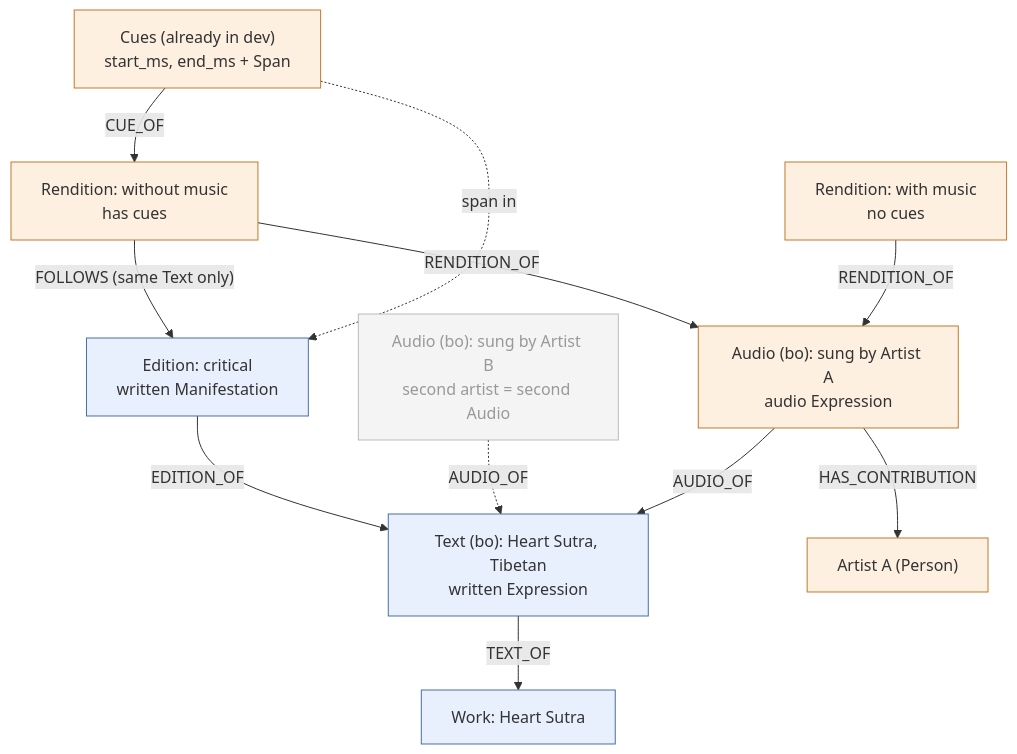
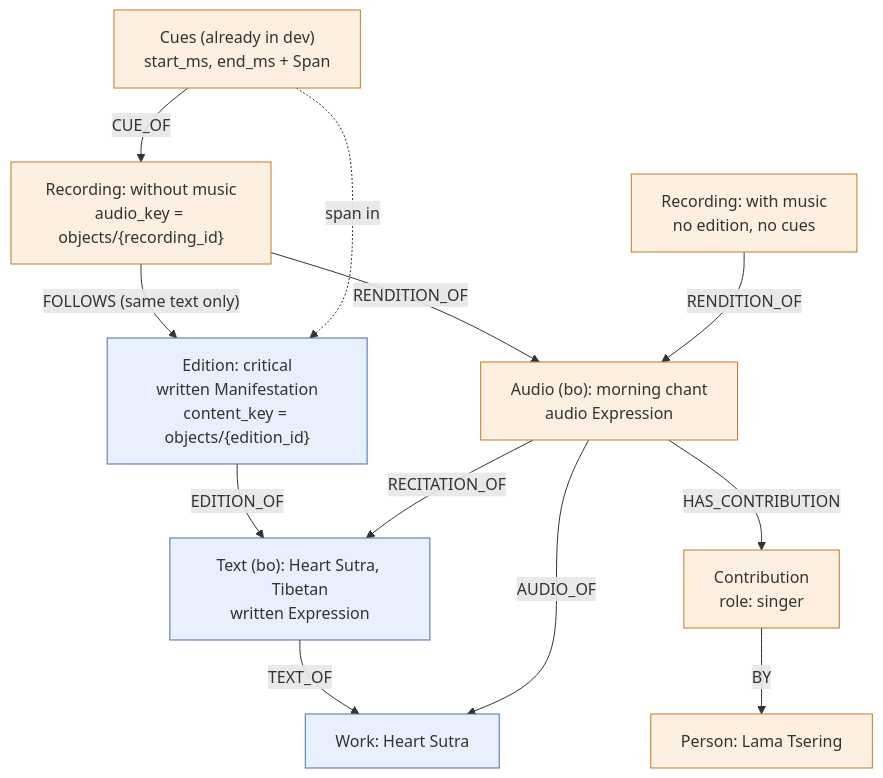
Before and after one commit to WeBuddhist/Webuddhist-library: the diagram in docs/proposals/audio-as-expression.mmd, drawn with Mermaid. The commit also changed 44 other files, not shown here.

First line of the commit message:
feat: audio as its own Expression (Audio, Recording, FOLLOWS)

```diff
--- a/docs/proposals/audio-as-expression.mmd
+++ b/docs/proposals/audio-as-expression.mmd
@@ -1,28 +1,27 @@
 graph TD
   Work["Work: Heart Sutra"]
   Text["Text (bo): Heart Sutra, Tibetan<br/>written Expression"]
-  Edition["Edition: critical<br/>written Manifestation"]
-  AudioA["Audio (bo): sung by Artist A<br/>audio Expression"]
-  ArtistA["Artist A (Person)"]
-  AudioB["Audio (bo): sung by Artist B<br/>second artist = second Audio"]
-  R1["Rendition: without music<br/>has cues"]
-  R2["Rendition: with music<br/>no cues"]
+  Edition["Edition: critical<br/>written Manifestation<br/>content_key = objects/{edition_id}"]
+  Audio["Audio (bo): morning chant<br/>audio Expression"]
+  Contribution["Contribution<br/>role: singer"]
+  Person["Person: Lama Tsering"]
+  R1["Recording: without music<br/>audio_key = objects/{recording_id}"]
+  R2["Recording: with music<br/>no edition, no cues"]
   Cue["Cues (already in dev)<br/>start_ms, end_ms + Span"]
 
   Text -->|TEXT_OF| Work
   Edition -->|EDITION_OF| Text
-  AudioB -.->|AUDIO_OF| Text
-  AudioA -->|AUDIO_OF| Text
-  R1 -->|RENDITION_OF| AudioA
-  R2 -->|RENDITION_OF| AudioA
-  R1 -->|"FOLLOWS (same Text only)"| Edition
+  Audio -->|AUDIO_OF| Work
+  Audio -->|RECITATION_OF| Text
+  R1 -->|RENDITION_OF| Audio
+  R2 -->|RENDITION_OF| Audio
+  R1 -->|"FOLLOWS (same text only)"| Edition
   Cue -->|CUE_OF| R1
   Cue -.->|span in| Edition
-  AudioA -->|HAS_CONTRIBUTION| ArtistA
+  Audio -->|HAS_CONTRIBUTION| Contribution
+  Contribution -->|BY| Person
 
   classDef written fill:#e8f0fe,stroke:#4a6fa5
   classDef audio fill:#fdf0e0,stroke:#c07a2c
-  classDef faded fill:#f4f4f4,stroke:#bbbbbb,color:#999999
   class Text,Edition,Work written
-  class AudioA,R1,R2,Cue,ArtistA audio
-  class AudioB faded
+  class Audio,R1,R2,Cue,Contribution,Person audio
```
